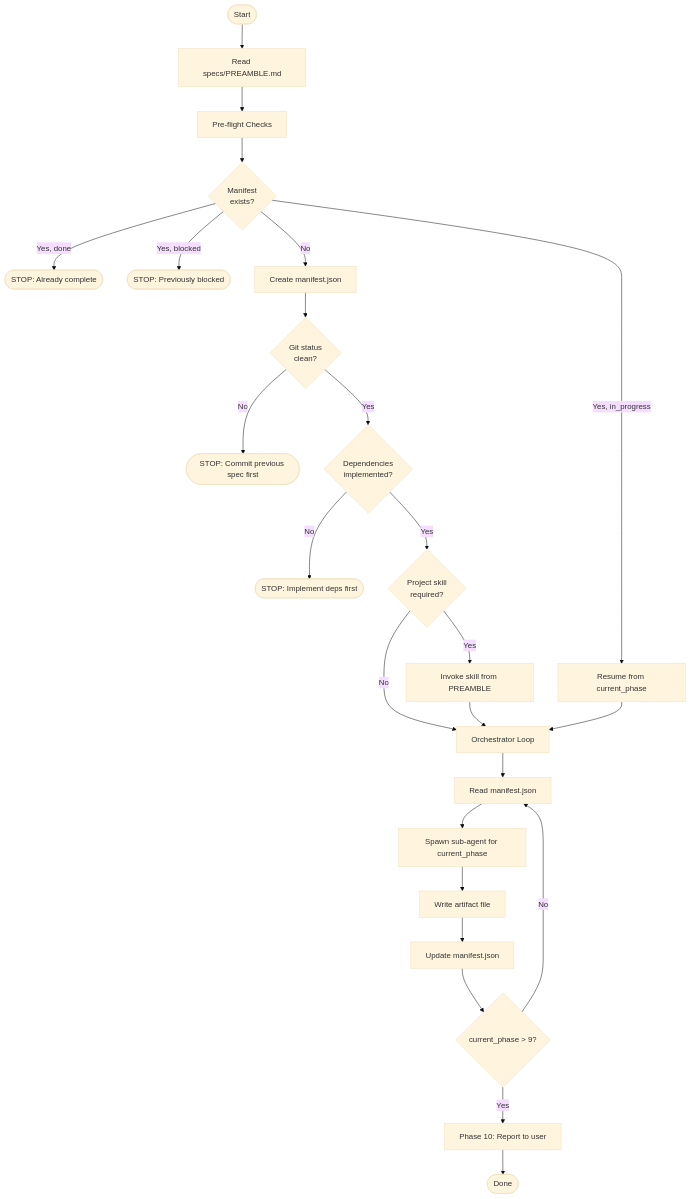
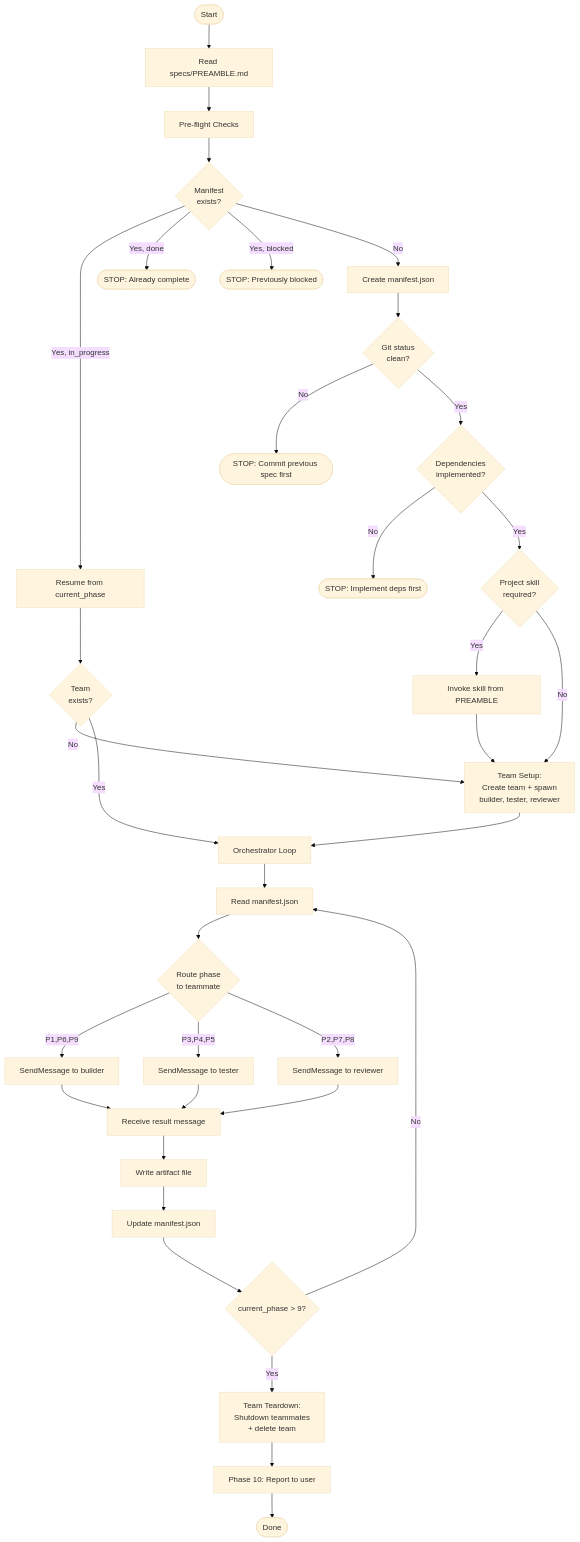
Before and after one commit to LLMCoolJ/alby-oneshot-agent-teams: the diagram in .claude/skills/implement-spec/SKILL.md, drawn with Mermaid (base theme). The commit also changed other lines of this file and 1 other file, not shown here.

First line of the commit message:
Update implement-spec skill to use persistent agent teams

````diff
--- a/.claude/skills/implement-spec/SKILL.md
+++ b/.claude/skills/implement-spec/SKILL.md
@@ -17,30 +17,41 @@
 ```mermaid
 flowchart TD
     START([Start]) --> PREAMBLE[Read specs/PREAMBLE.md]
     PREAMBLE --> PRE[Pre-flight Checks]
     PRE --> MANIFEST{Manifest<br/>exists?}
     MANIFEST -->|Yes, in_progress| RESUME[Resume from current_phase]
     MANIFEST -->|Yes, done| STOP_DONE([STOP: Already complete])
     MANIFEST -->|Yes, blocked| STOP_BLOCKED([STOP: Previously blocked])
     MANIFEST -->|No| CREATE_MANIFEST[Create manifest.json]
     CREATE_MANIFEST --> GIT{Git status<br/>clean?}
     GIT -->|No| STOP0([STOP: Commit previous spec first])
     GIT -->|Yes| DEP{Dependencies<br/>implemented?}
     DEP -->|No| STOP1([STOP: Implement deps first])
     DEP -->|Yes| SKILL{Project skill<br/>required?}
     SKILL -->|Yes| INVOKE[Invoke skill from PREAMBLE]
-    SKILL -->|No| LOOP
-    INVOKE --> LOOP
+    SKILL -->|No| TEAM_SETUP
+    INVOKE --> TEAM_SETUP
 
-    RESUME --> LOOP
+    RESUME --> TEAM_CHECK{Team<br/>exists?}
+    TEAM_CHECK -->|No| TEAM_SETUP
+    TEAM_CHECK -->|Yes| LOOP
+
+    TEAM_SETUP[Team Setup:<br/>Create team + spawn<br/>builder, tester, reviewer] --> LOOP
 
     LOOP[Orchestrator Loop] --> READ_M[Read manifest.json]
-    READ_M --> SPAWN[Spawn sub-agent for current_phase]
-    SPAWN --> WRITE_A[Write artifact file]
+    READ_M --> ROUTE{Route phase<br/>to teammate}
+    ROUTE -->|P1,P6,P9| BUILDER[SendMessage to builder]
+    ROUTE -->|P3,P4,P5| TESTER[SendMessage to tester]
+    ROUTE -->|P2,P7,P8| REVIEWER[SendMessage to reviewer]
+    BUILDER --> RECEIVE[Receive result message]
+    TESTER --> RECEIVE
+    REVIEWER --> RECEIVE
+    RECEIVE --> WRITE_A[Write artifact file]
     WRITE_A --> UPDATE_M[Update manifest.json]
     UPDATE_M --> DONE_CHECK{current_phase > 9?}
-    DONE_CHECK -->|Yes| P10[Phase 10: Report to user]
+    DONE_CHECK -->|Yes| TEAM_TEARDOWN[Team Teardown:<br/>Shutdown teammates<br/>+ delete team]
     DONE_CHECK -->|No| READ_M
 
+    TEAM_TEARDOWN --> P10[Phase 10: Report to user]
     P10 --> DONE([Done])
 ```
````
